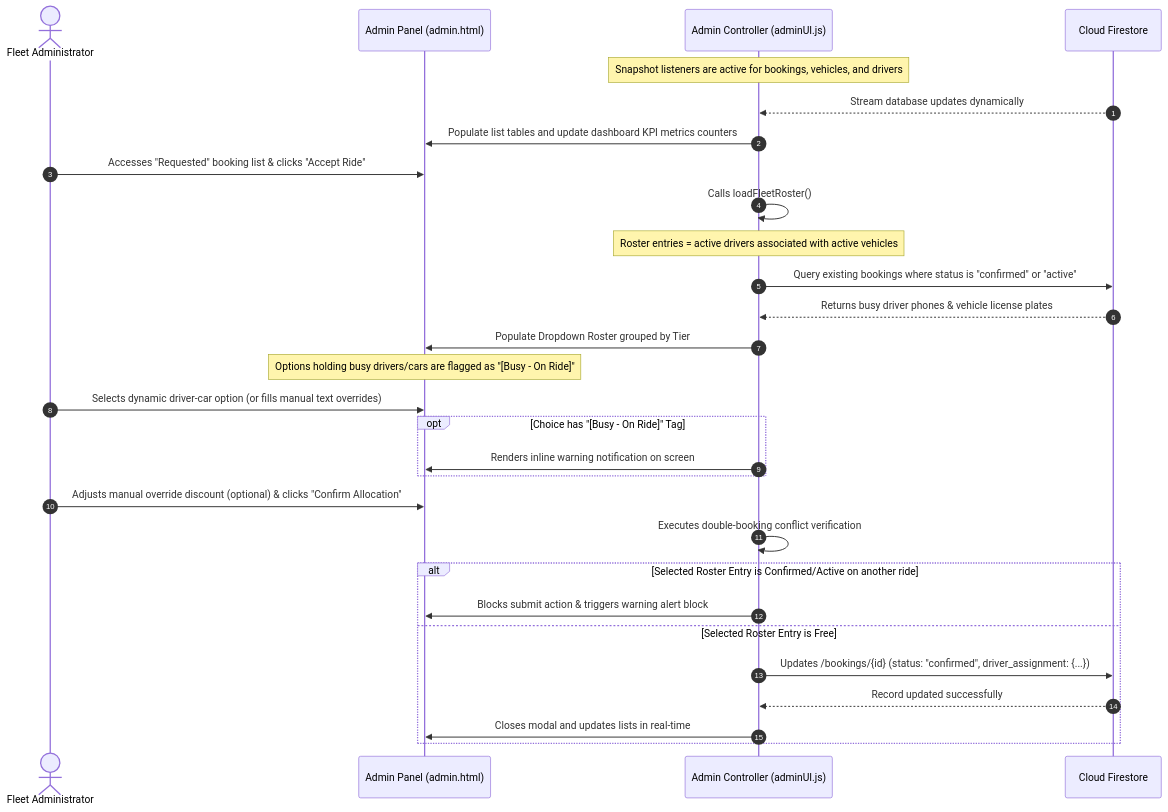
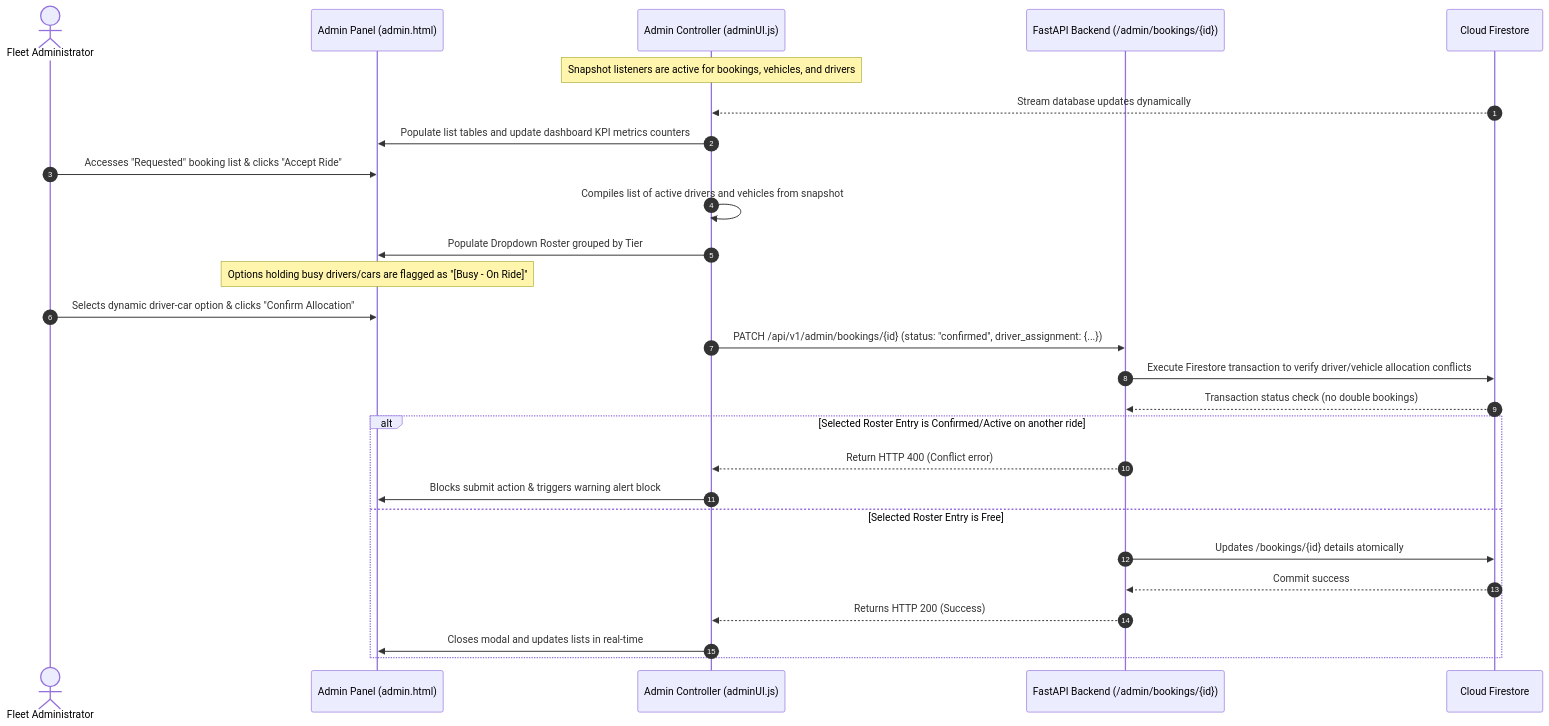
Before and after one commit to ishanm03/cab-website-cloud: the fourth of 6 diagrams in docs/e2e_architecture.md, drawn with Mermaid. The commit also changed other lines of this file and 1 other file, not shown here.

Commit message:
docs: rewrite system e2e architecture and schemas discovery to match new FastAPI hybrid structure

````diff
--- a/docs/e2e_architecture.md
+++ b/docs/e2e_architecture.md
@@ -155,40 +169,35 @@
 ```mermaid
 sequenceDiagram
     autonumber
     actor Admin as Fleet Administrator
     participant Panel as Admin Panel (admin.html)
     participant Logic as Admin Controller (adminUI.js)
+    participant FastAPI as FastAPI Backend (/admin/bookings/{id})
     participant Firestore as Cloud Firestore
 
     Note over Logic: Snapshot listeners are active for bookings, vehicles, and drivers
     Firestore-->>Logic: Stream database updates dynamically
     Logic->>Panel: Populate list tables and update dashboard KPI metrics counters
 
     Admin->>Panel: Accesses "Requested" booking list & clicks "Accept Ride"
-    Logic->>Logic: Calls loadFleetRoster()
-    Note over Logic: Roster entries = active drivers associated with active vehicles
-    
-    Logic->>Firestore: Query existing bookings where status is "confirmed" or "active"
-    Firestore-->>Logic: Returns busy driver phones & vehicle license plates
-    
+    Logic->>Logic: Compiles list of active drivers and vehicles from snapshot
     Logic->>Panel: Populate Dropdown Roster grouped by Tier
     Note over Panel: Options holding busy drivers/cars are flagged as "[Busy - On Ride]"
     
-    Admin->>Panel: Selects dynamic driver-car option (or fills manual text overrides)
+    Admin->>Panel: Selects dynamic driver-car option & clicks "Confirm Allocation"
     
-    opt Choice has "[Busy - On Ride]" Tag
-        Logic->>Panel: Renders inline warning notification on screen
-    end
+    Logic->>FastAPI: PATCH /api/v1/admin/bookings/{id} (status: "confirmed", driver_assignment: {...})
     
-    Admin->>Panel: Adjusts manual override discount (optional) & clicks "Confirm Allocation"
-    
-    Logic->>Logic: Executes double-booking conflict verification
+    FastAPI->>Firestore: Execute Firestore transaction to verify driver/vehicle allocation conflicts
+    Firestore-->>FastAPI: Transaction status check (no double bookings)
     
     alt Selected Roster Entry is Confirmed/Active on another ride
+        FastAPI-->>Logic: Return HTTP 400 (Conflict error)
         Logic->>Panel: Blocks submit action & triggers warning alert block
     else Selected Roster Entry is Free
-        Logic->>Firestore: Updates /bookings/{id} (status: "confirmed", driver_assignment: {...})
-        Firestore-->>Logic: Record updated successfully
+        FastAPI->>Firestore: Updates /bookings/{id} details atomically
+        Firestore-->>FastAPI: Commit success
+        FastAPI-->>Logic: Returns HTTP 200 (Success)
         Logic->>Panel: Closes modal and updates lists in real-time
     end
 ```
````
